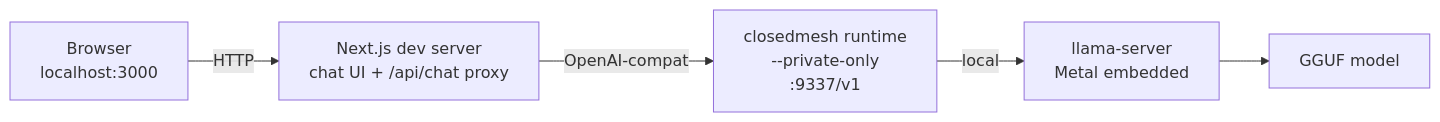
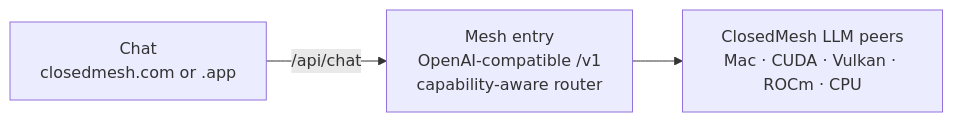
The diagram in README.md (closedmesh/closedmesh), drawn with Mermaid before and after one commit. The commit also changed other lines of this file and 6 other files, not shown here.

````diff
--- a/README.md
+++ b/README.md
@@ -19,13 +47,8 @@
 ```mermaid
 flowchart LR
-    Browser["Browser<br/>localhost:3000"]
-    NextJS["Next.js dev server<br/>chat UI + /api/chat proxy"]
-    Runtime["closedmesh runtime<br/>--private-only<br/>:9337/v1"]
-    Llama["llama-server<br/>Metal embedded"]
-    Model["GGUF model"]
+    Chat["Chat<br/>closedmesh.com or .app"]
+    Entry["Mesh entry<br/>OpenAI-compatible /v1<br/>capability-aware router"]
+    Peers["ClosedMesh LLM peers<br/>Mac · CUDA · Vulkan · ROCm · CPU"]
 
-    Browser -->|HTTP| NextJS
-    NextJS -->|OpenAI-compat| Runtime
-    Runtime -->|local| Llama
-    Llama --> Model
+    Chat -->|/api/chat| Entry --> Peers
 ```
````
